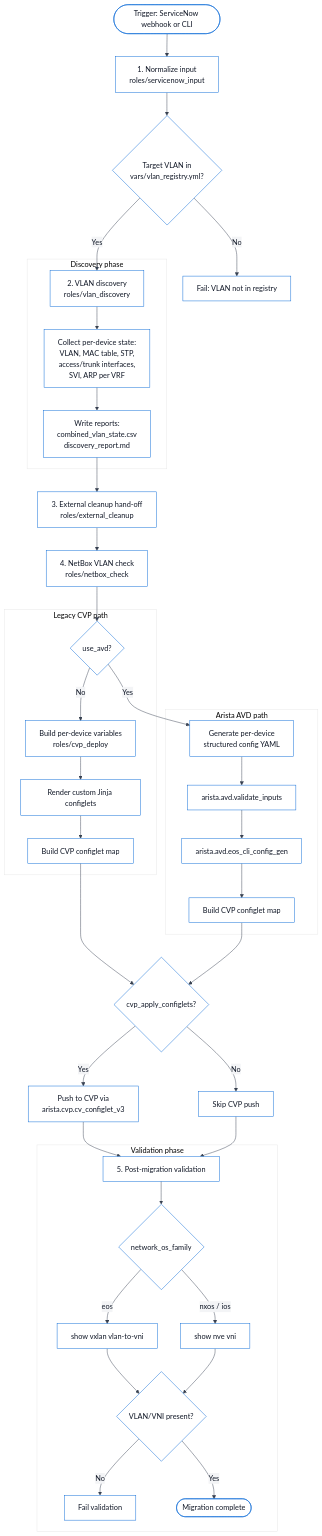
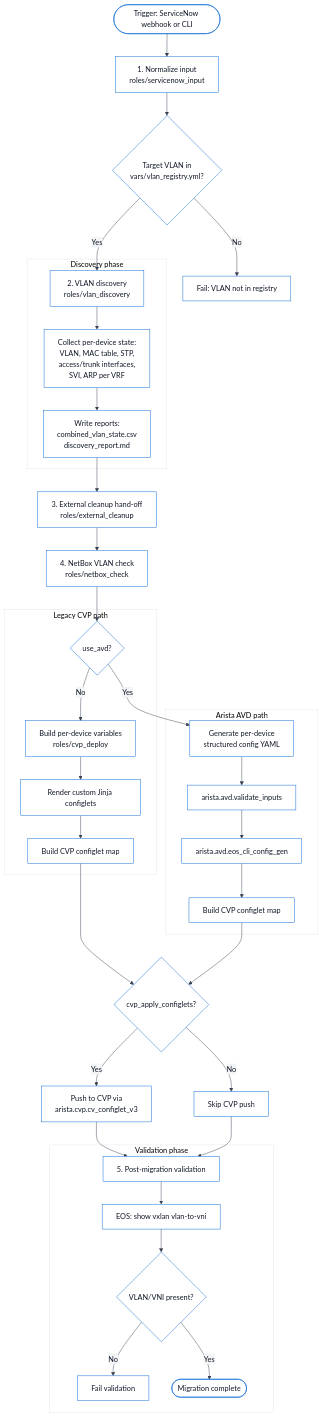
Before and after one commit to palmtra/vxlan-migration: the diagram in docs/OPERATING_GUIDE.md, drawn with Mermaid. The commit also changed other lines of this file and 13 other files, not shown here.

First line of the commit message:
Remove Cisco NXOS/IOS VXLAN-EVPN migration logic

````diff
--- a/docs/OPERATING_GUIDE.md
+++ b/docs/OPERATING_GUIDE.md
@@ -85,50 +86,47 @@
 ```mermaid
 %%{init: {'theme': 'base', 'themeVariables': { 'primaryColor': '#e8f4fd', 'primaryTextColor': '#111827', 'primaryBorderColor': '#0366d6', 'lineColor': '#374151', 'secondaryColor': '#f3f4f6', 'tertiaryColor': '#ffffff', 'background': '#ffffff', 'mainBkg': '#ffffff' }}}%%
 flowchart TD
     Start([Trigger: ServiceNow webhook or CLI]) --> Input[1. Normalize input<br/>roles/servicenow_input]
 
     Input --> Registry{Target VLAN in<br/>vars/vlan_registry.yml?}
     Registry -- No --> Fail1[Fail: VLAN not in registry]
     Registry -- Yes --> Discovery[2. VLAN discovery<br/>roles/vlan_discovery]
 
     subgraph Discover [Discovery phase]
         Discovery --> Facts[Collect per-device state:<br/>VLAN, MAC table, STP,<br/>access/trunk interfaces,<br/>SVI, ARP per VRF]
         Facts --> Reports[Write reports:<br/>combined_vlan_state.csv<br/>discovery_report.md]
     end
 
     Reports --> Cleanup[3. External cleanup hand-off<br/>roles/external_cleanup]
     Cleanup --> NetBox[4. NetBox VLAN check<br/>roles/netbox_check]
     NetBox --> ConfigGen{use_avd?}
 
     subgraph LegacyPath [Legacy CVP path]
         ConfigGen -- No --> LegacyBuild[Build per-device variables<br/>roles/cvp_deploy]
         LegacyBuild --> LegacyJinja[Render custom Jinja configlets]
         LegacyJinja --> LegacyMap[Build CVP configlet map]
     end
 
     subgraph AVDPath [Arista AVD path]
         ConfigGen -- Yes --> AVDStruct[Generate per-device<br/>structured config YAML]
         AVDStruct --> AVDValidate[arista.avd.validate_inputs]
         AVDValidate --> AVDRender[arista.avd.eos_cli_config_gen]
         AVDRender --> AVDMap[Build CVP configlet map]
     end
 
     LegacyMap --> ApplyConfiglets
     AVDMap --> ApplyConfiglets
 
     ApplyConfiglets{cvp_apply_configlets?} -- Yes --> CVP[Push to CVP via<br/>arista.cvp.cv_configlet_v3]
     ApplyConfiglets -- No --> SkipPush[Skip CVP push]
 
     CVP --> ValidateStep[5. Post-migration validation]
     SkipPush --> ValidateStep
 
     subgraph Validate [Validation phase]
-        ValidateStep --> OS{network_os_family}
-        OS -- eos --> EOS[show vxlan vlan-to-vni]
-        OS -- nxos / ios --> NXOS[show nve vni]
+        ValidateStep --> EOS[EOS: show vxlan vlan-to-vni]
         EOS --> Match{VLAN/VNI present?}
-        NXOS --> Match
         Match -- No --> Fail2[Fail validation]
         Match -- Yes --> Done([Migration complete])
     end
 ```
````
